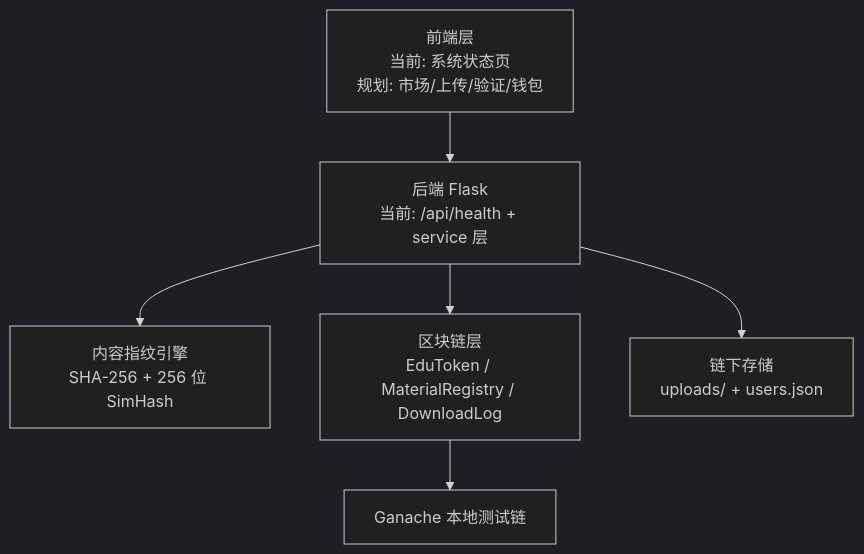
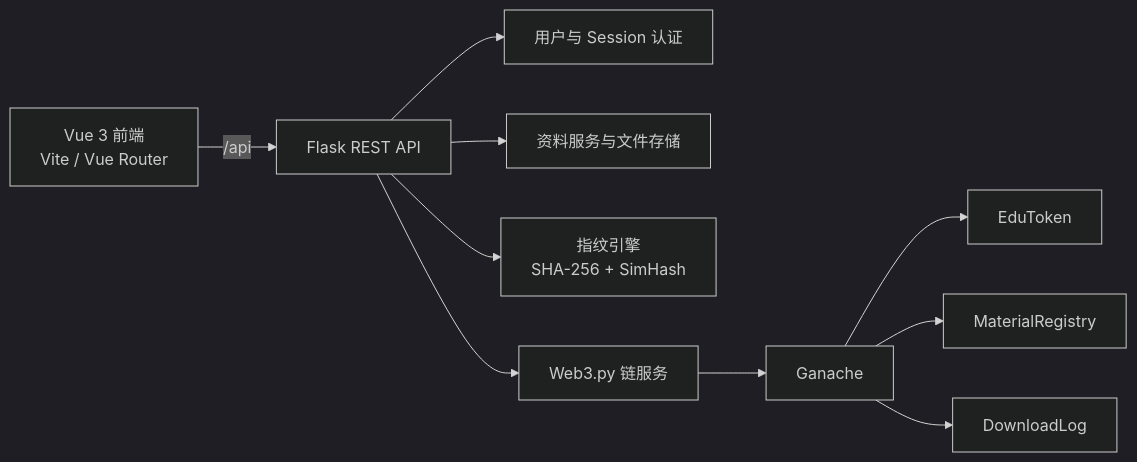
The diagram in README.md (ChunJiangWuYueMing/EduChain), drawn with Mermaid (dark theme) before and after one commit. The commit also changed other lines of this file, not shown here.

````diff
--- a/README.md
+++ b/README.md
@@ -48,8 +54,12 @@
 ```mermaid
-flowchart TD
-    A["前端层<br/>当前: 系统状态页<br/>规划: 市场/上传/验证/钱包"] --> B["后端 Flask<br/>当前: /api/health + service 层"]
-    B --> C["内容指纹引擎<br/>SHA-256 + 256 位 SimHash"]
-    B --> D["区块链层<br/>EduToken / MaterialRegistry / DownloadLog"]
-    B --> E["链下存储<br/>uploads/ + users.json"]
-    D --> F["Ganache 本地测试链"]
+flowchart LR
+    A["Vue 3 前端<br/>Vite / Vue Router"] -->|"/api"| B["Flask REST API"]
+    B --> C["用户与 Session 认证"]
+    B --> D["资料服务与文件存储"]
+    B --> E["指纹引擎<br/>SHA-256 + SimHash"]
+    B --> F["Web3.py 链服务"]
+    F --> G["Ganache"]
+    G --> H["EduToken"]
+    G --> I["MaterialRegistry"]
+    G --> J["DownloadLog"]
 ```
````
